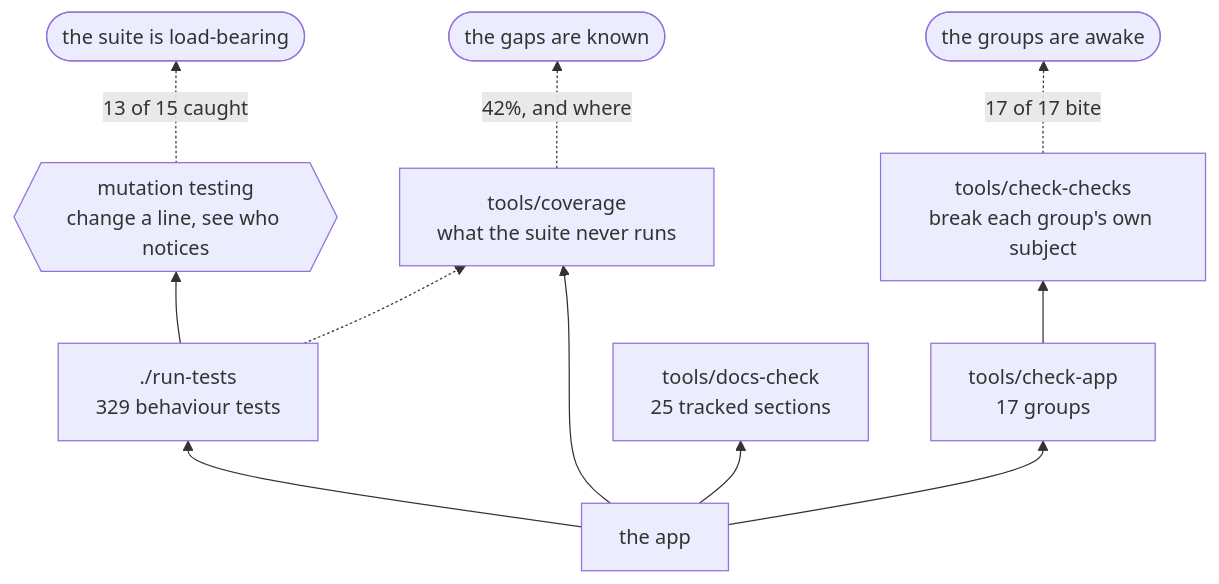
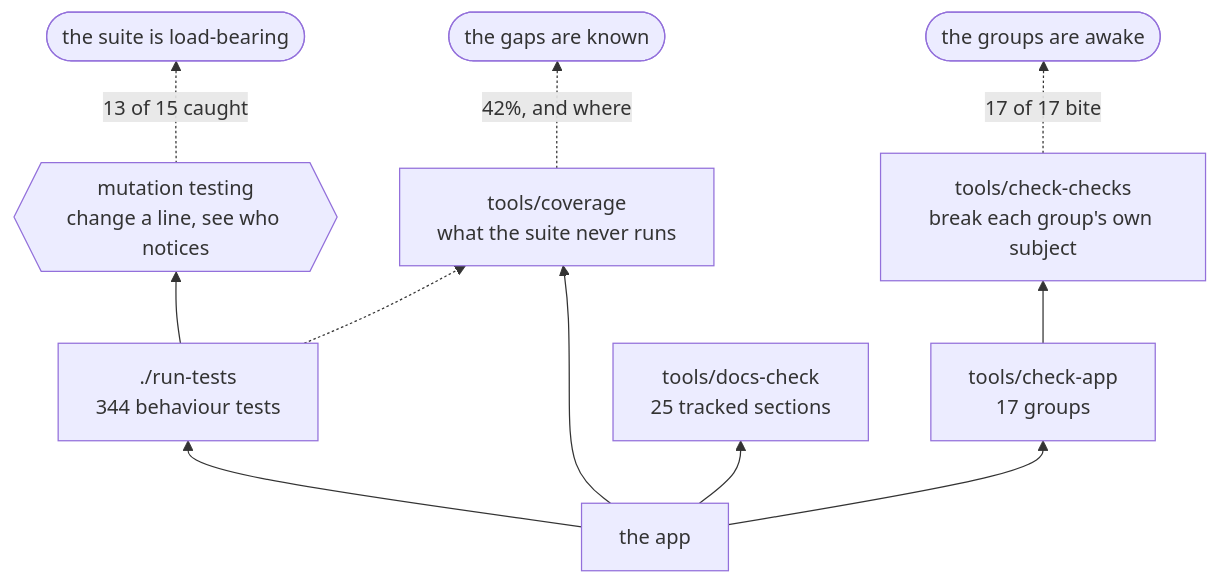
Before and after one commit to minormending/crystal-pilot-mobile: the second of 2 diagrams in docs/DEVELOPING.md, drawn with Mermaid. The commit also changed 12 other files, not shown here.

````diff
--- a/docs/DEVELOPING.md
+++ b/docs/DEVELOPING.md
@@ -118,13 +118,13 @@
 ```mermaid
 flowchart BT
-    C["the app"] --> T["./run-tests<br/>329 behaviour tests"]
+    C["the app"] --> T["./run-tests<br/>344 behaviour tests"]
     C --> A["tools/check-app<br/>17 groups"]
     C --> D["tools/docs-check<br/>25 tracked sections"]
     C --> V["tools/coverage<br/>what the suite never runs"]
     T --> M{{"mutation testing<br/>change a line, see who notices"}}
     A --> K["tools/check-checks<br/>break each group's own subject"]
     T -.-> V
     M -.->|"13 of 15 caught"| R(["the suite is load-bearing"])
     K -.->|"17 of 17 bite"| R2(["the groups are awake"])
     V -.->|"42%, and where"| R3(["the gaps are known"])
 ```
````
